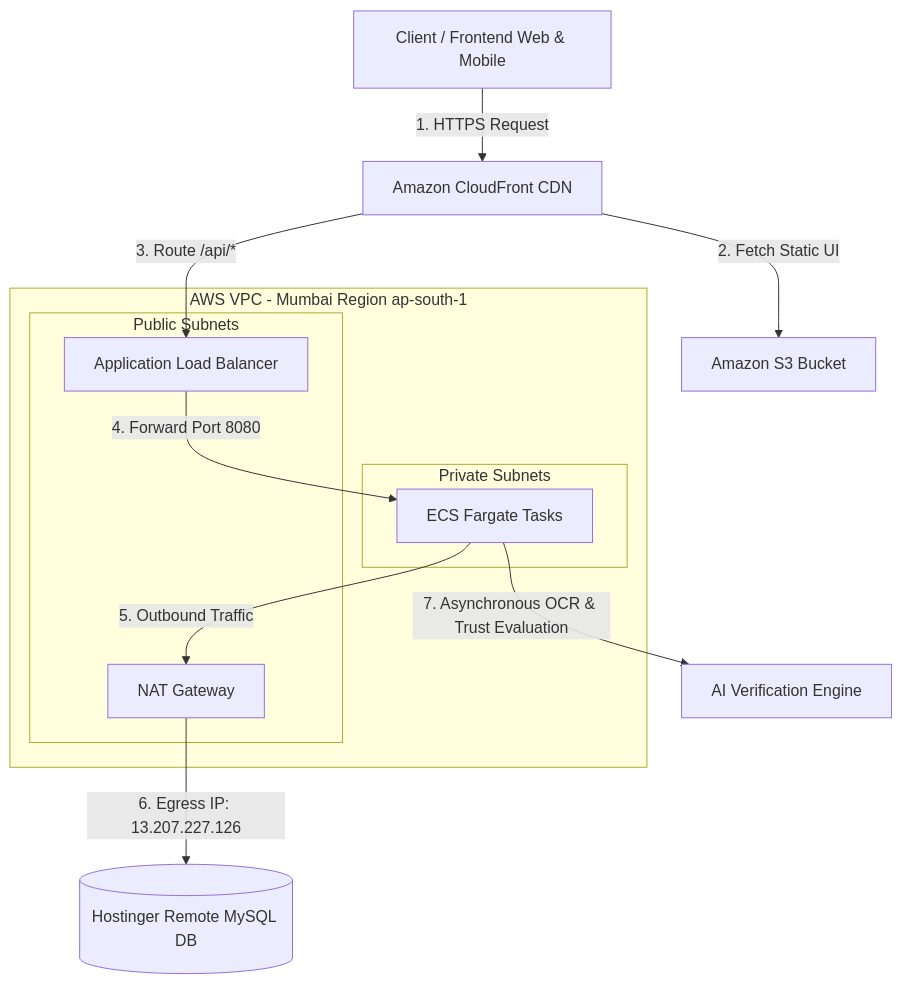
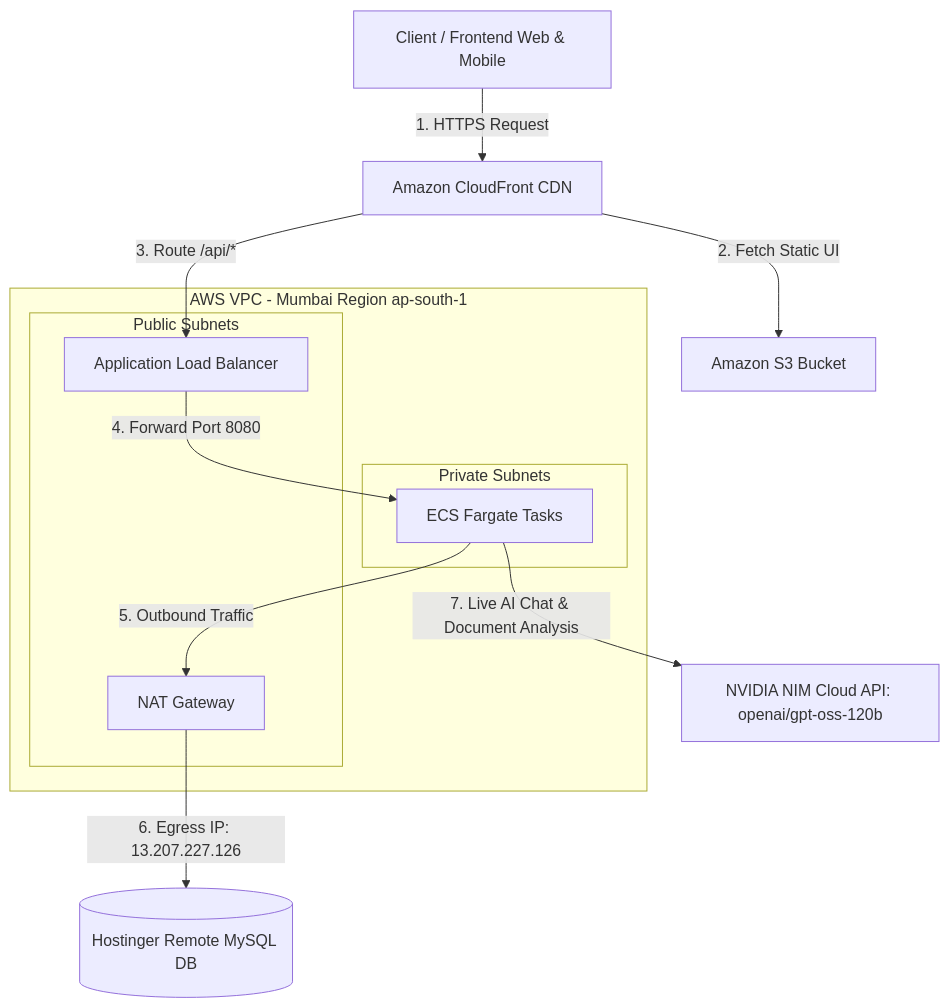
The third of 8 diagrams in README.md (pavanstarkin-tech/LandLens), drawn with Mermaid before and after one commit. The commit also changed other lines of this file, not shown here.

Commit message:
docs: update Mermaid architecture and sequence diagrams to explicitly feature NVIDIA API openai/gpt-oss-120b

````diff
--- a/README.md
+++ b/README.md
@@ -405,24 +405,24 @@
 ```mermaid
 graph TD
     Client[Client / Frontend Web & Mobile] -->|1. HTTPS Request| CF[Amazon CloudFront CDN]
     CF -->|2. Fetch Static UI| S3[Amazon S3 Bucket]
     CF -->|3. Route /api/*| ALB[Application Load Balancer]
     
     subgraph VPC [AWS VPC - Mumbai Region ap-south-1]
         ALB -->|4. Forward Port 8080| ECS[ECS Fargate Tasks]
         
         subgraph PrivateSubnets [Private Subnets]
             ECS
         end
         
         subgraph PublicSubnets [Public Subnets]
             ALB
             NAT[NAT Gateway]
         end
         
         ECS -->|5. Outbound Traffic| NAT
     end
 
     NAT -->|6. Egress IP: 13.207.227.126| DB[(Hostinger Remote MySQL DB)]
-    ECS -->|7. Asynchronous OCR & Trust Evaluation| AI[AI Verification Engine]
+    ECS -->|7. Live AI Chat & Document Analysis| AI[NVIDIA NIM Cloud API: openai/gpt-oss-120b]
 ```
````
